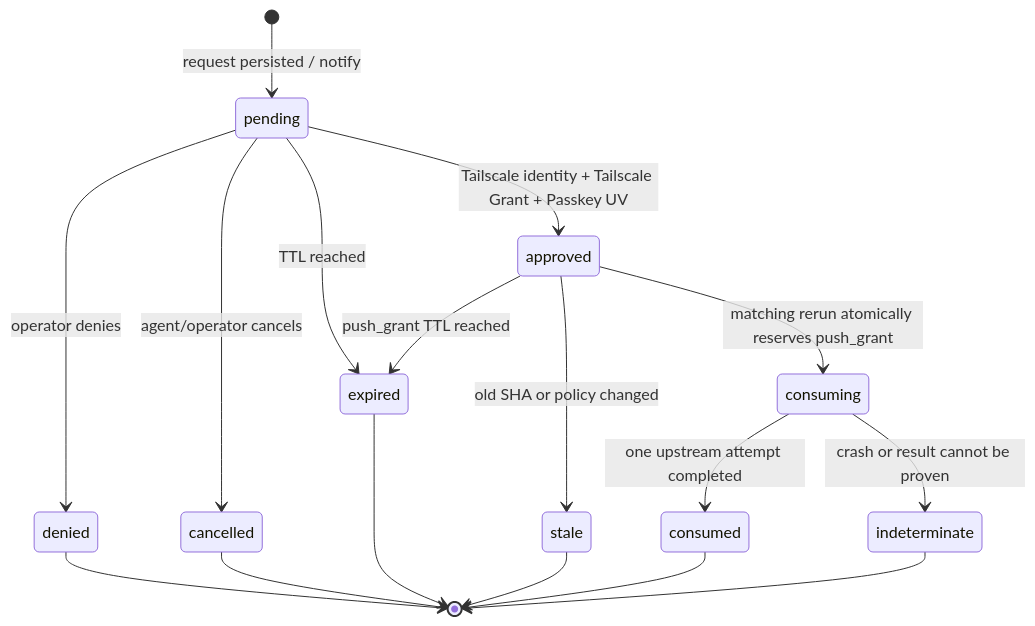
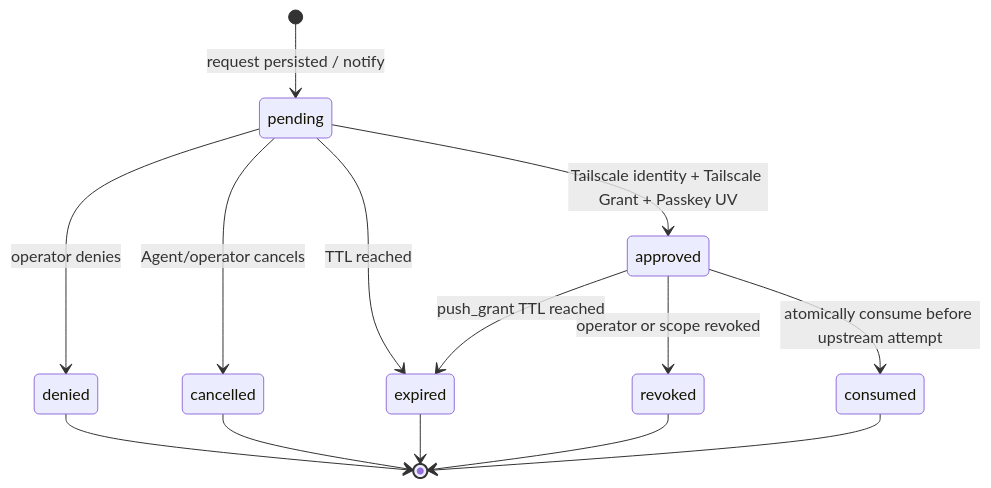
One commit to autotaker/kakesu changed the second of 2 diagrams in docs/development/development-agent-harness.md. Above: the diagram before and after it, drawn with Mermaid. The commit also changed other lines of this file, not shown here.

Commit message:
task: simplify push approval and proxy contract

````diff
--- a/docs/development/development-agent-harness.md
+++ b/docs/development/development-agent-harness.md
@@ -292,19 +322,16 @@
 ```mermaid
 stateDiagram-v2
     [*] --> pending: request persisted / notify
     pending --> approved: Tailscale identity + Tailscale Grant + Passkey UV
     pending --> denied: operator denies
-    pending --> cancelled: agent/operator cancels
+    pending --> cancelled: Agent/operator cancels
     pending --> expired: TTL reached
-    approved --> stale: old SHA or policy changed
-    approved --> consuming: matching rerun atomically reserves push_grant
-    consuming --> consumed: one upstream attempt completed
-    consuming --> indeterminate: crash or result cannot be proven
+    approved --> revoked: operator or scope revoked
     approved --> expired: push_grant TTL reached
+    approved --> consumed: atomically consume before upstream attempt
     denied --> [*]
     cancelled --> [*]
     expired --> [*]
-    stale --> [*]
+    revoked --> [*]
     consumed --> [*]
-    indeterminate --> [*]
 ```
````
